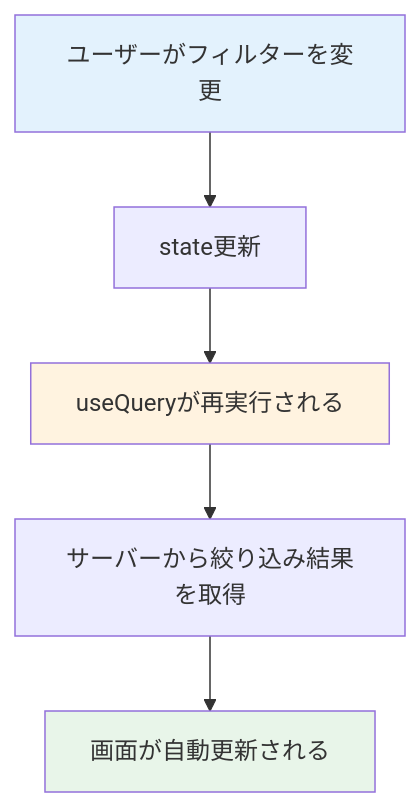
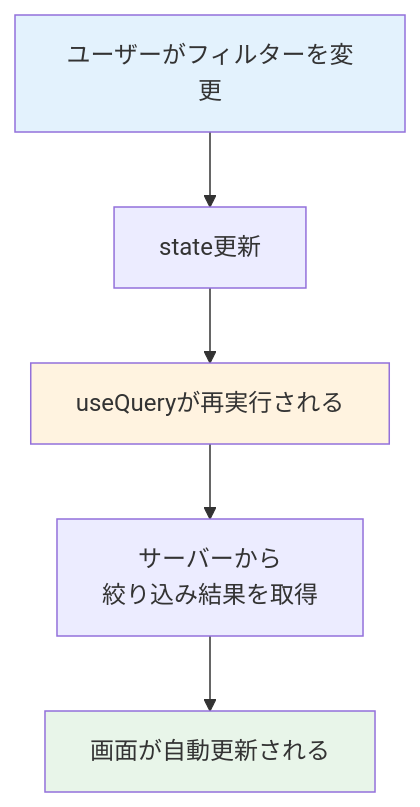
The second of 3 diagrams in material/30days-curriculum/day13_タスク一覧画面.md (kouiso/task-app), drawn with Mermaid before and after one commit. The commit also changed other lines of this file and 24 other files, not shown here.

First line of the commit message:
fix(material): Mermaid 図のファイル名キャプションとノード途中折れを直す (#457) (#718)

````diff
--- a/material/30days-curriculum/day13_タスク一覧画面.md
+++ b/material/30days-curriculum/day13_タスク一覧画面.md
@@ -46,11 +46,11 @@
 ```mermaid
 flowchart TD
     A[ユーザーがフィルターを変更] --> B[state更新]
     B --> C[useQueryが再実行される]
-    C --> D[サーバーから絞り込み結果を取得]
+    C --> D[サーバーから<br/>絞り込み結果を取得]
     D --> E[画面が自動更新される]
 
     style A fill:#e3f2fd
     style C fill:#fff3e0
     style E fill:#e8f5e9
 ```
````
